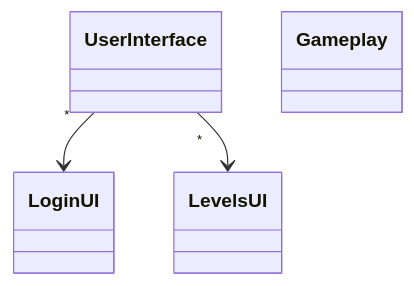
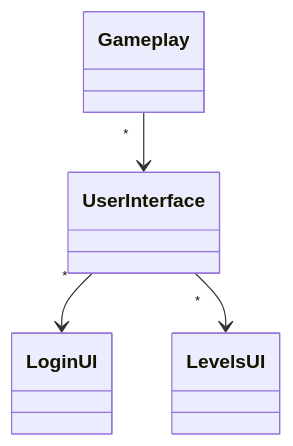
One commit to maritatsuko/ot-harjoitustyo changed the diagram in dokumentaatio/arkkitehtuuri.md. Above: the diagram before and after it, drawn with Mermaid.

````diff
--- a/dokumentaatio/arkkitehtuuri.md
+++ b/dokumentaatio/arkkitehtuuri.md
@@ -1,9 +1,10 @@
 ```mermaid
  classDiagram
       UserInterface "*" --> LoginUI
       UserInterface "*" --> LevelsUI
+      Gameplay "*" --> UserInterface
       class UserInterface
       class LoginUI
       class LevelsUI
       class Gameplay
 ```
````
